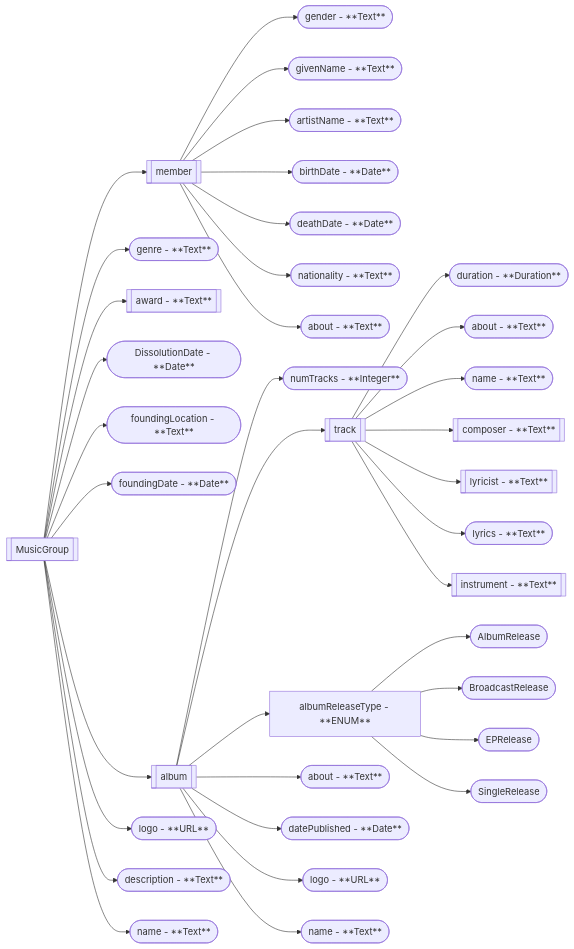
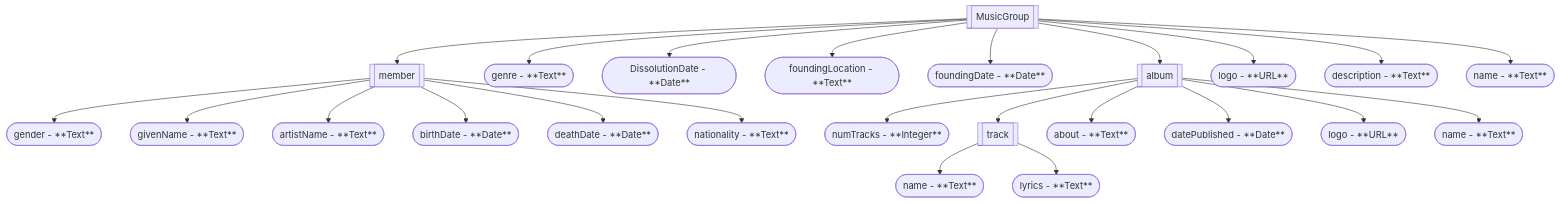
One commit to LCS-FS/Apollo-s-Orchestra changed the diagram in docs/ontology.md. Above: the diagram before and after it, drawn with Mermaid. The commit also changed other lines of this file and 8 other files, not shown here.

````diff
--- a/docs/ontology.md
+++ b/docs/ontology.md
@@ -21,42 +1,29 @@
 ```mermaid
-graph LR
+graph TD
     MusicGroup[[MusicGroup]] --> album[[album]]
     MusicGroup --> genre([genre - **Text**])
-    MusicGroup --> award[[award - **Text**]]
     MusicGroup --> DissolutionDate([DissolutionDate - **Date**])
     MusicGroup --> foundingLocation([foundingLocation - **Text**])
     MusicGroup --> foundingDate([foundingDate - **Date**])
     MusicGroup --> member[[member]]
     MusicGroup --> group_logo([logo - **URL**])
     MusicGroup --> group_about([description - **Text**])
     MusicGroup --> groupName([name - **Text**])
 
     member --> gender([gender - **Text**])
     member --> givenName([givenName - **Text**])
     member --> artistName([artistName - **Text**])
     member --> birthDate([birthDate - **Date**])
     member --> deathDate([deathDate - **Date**])
     member --> nationality([nationality - **Text**])
-    member --> memberAbout([about - **Text**])
 
     album --> numTracks([numTracks - **Integer**])
     album --> track[[track]]
-    album --> albumReleaseType[albumReleaseType - **ENUM**]
     album --> albumAbout([about - **Text**])
     album --> datePublished([datePublished - **Date**])
     album --> albumLogo([logo - **URL**])
     album --> albumName([name - **Text**])
 
-    albumReleaseType --> AlbumRelease([AlbumRelease])
-    albumReleaseType --> BroadcastRelease([BroadcastRelease])
-    albumReleaseType --> EPRelease([EPRelease])
-    albumReleaseType --> SingleRelease([SingleRelease])
-
-    track --> duration([duration - **Duration**])
-    track --> trackAbout([about - **Text**])
     track --> trackName([name - **Text**])
-    track --> composer[[composer - **Text**]]
-    track --> lyricist[[lyricist - **Text**]]
     track --> lyrics([lyrics - **Text**])
-    track --> instrument[[instrument - **Text**]]
 ```
````
